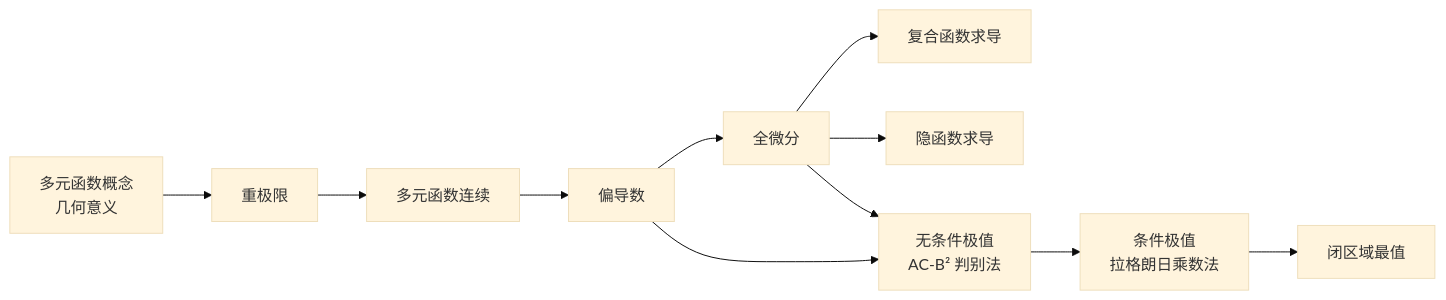
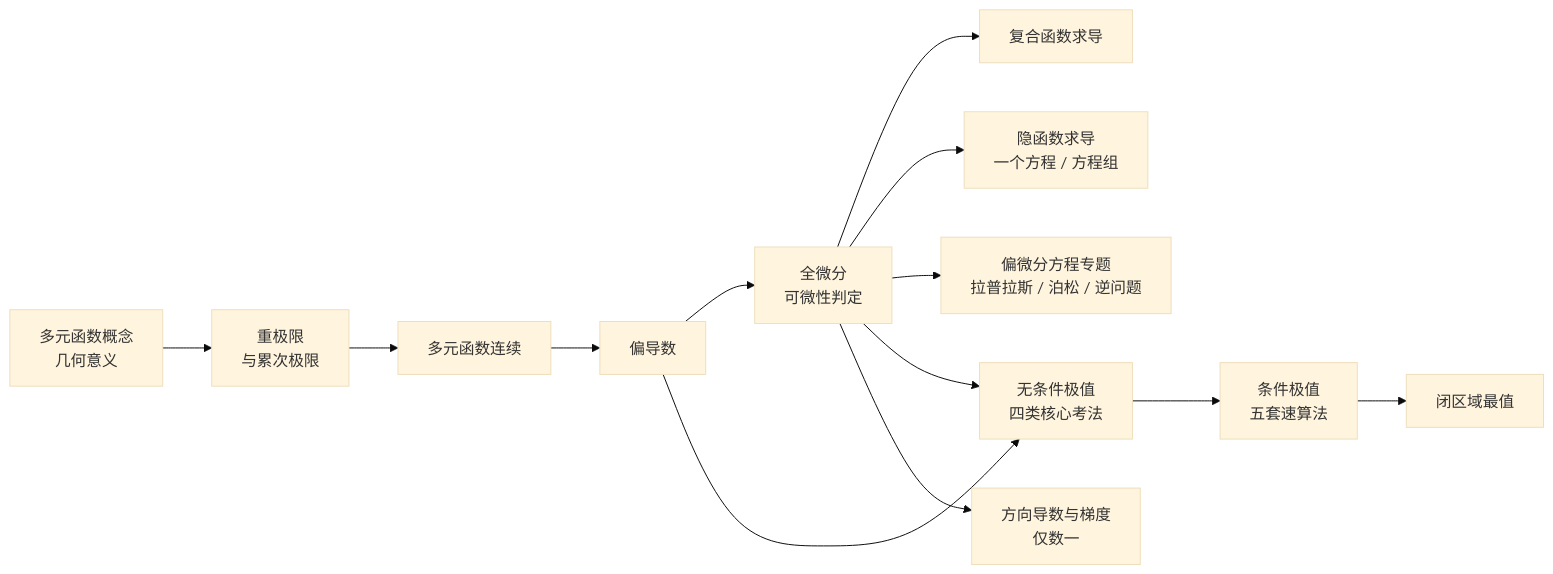
Before and after one commit to priceHE2002/Obsidian: the first of 2 diagrams in 04_数学大观/高数大观/多元微分/多元微分 MOC.md, drawn with Mermaid (base theme). The commit also changed other lines of this file and 4 other files, not shown here.

````diff
--- a/04_数学大观/高数大观/多元微分/多元微分 MOC.md
+++ b/04_数学大观/高数大观/多元微分/多元微分 MOC.md
@@ -10,12 +31,14 @@
 ```mermaid
 flowchart LR
-    A[多元函数概念<br/>几何意义] --> B[重极限]
+    A[多元函数概念<br/>几何意义] --> B[重极限<br/>与累次极限]
     B --> C[多元函数连续]
     C --> D[偏导数]
-    D --> E[全微分]
+    D --> E[全微分<br/>可微性判定]
     E --> F[复合函数求导]
-    E --> G[隐函数求导]
-    D & E --> H[无条件极值<br/>AC-B² 判别法]
-    H --> I[条件极值<br/>拉格朗日乘数法]
-    I --> J[闭区域最值]
+    E --> G[隐函数求导<br/>一个方程 / 方程组]
+    E --> H[偏微分方程专题<br/>拉普拉斯 / 泊松 / 逆问题]
+    D & E --> I[无条件极值<br/>四类核心考法]
+    I --> J[条件极值<br/>五套速算法]
+    J --> K[闭区域最值]
+    E --> L[方向导数与梯度<br/>仅数一]
 ```
````
